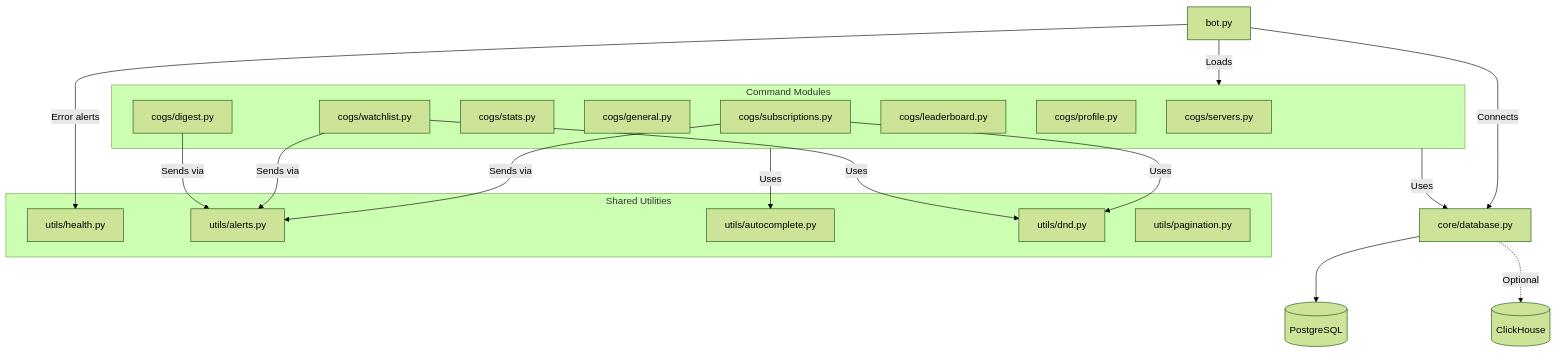
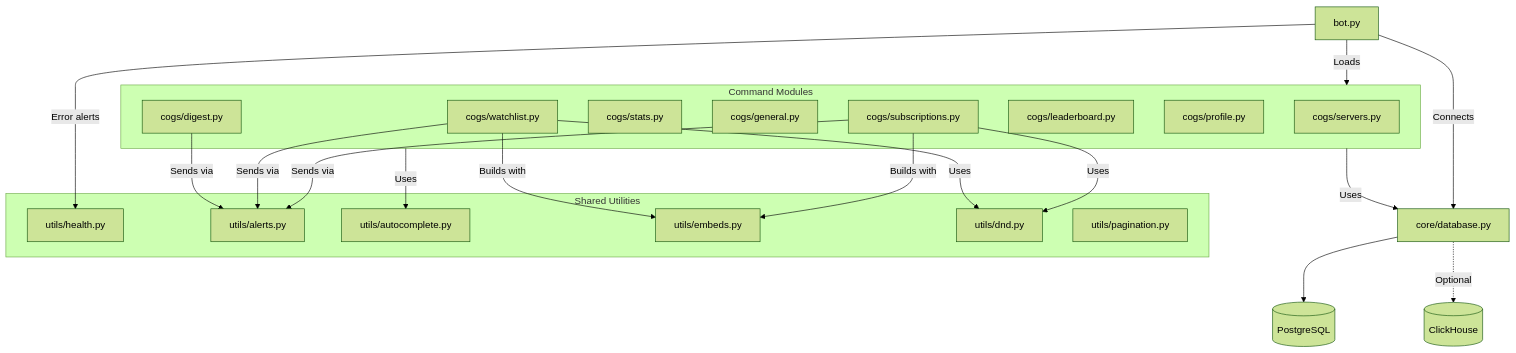
The diagram in readme.md (hootmeow/bf1942-map-alert), drawn with Mermaid (forest theme) before and after one commit. The commit also changed other lines of this file and 1 other file, not shown here.

First line of the commit message:
Document enriched alerts, utils/embeds.py and SITE_URL in README

````diff
--- a/readme.md
+++ b/readme.md
@@ -27,36 +28,39 @@
 ```mermaid
 graph TD
     Bot[bot.py] -->|Loads| Cogs
     Bot -->|Connects| DB[core/database.py]
     Bot -->|Error alerts| Health[utils/health.py]
 
     subgraph Cogs ["Command Modules"]
         Servers[cogs/servers.py]
         Subs[cogs/subscriptions.py]
         Stats[cogs/stats.py]
         General[cogs/general.py]
         Watch[cogs/watchlist.py]
         Leaderboard[cogs/leaderboard.py]
         Profile[cogs/profile.py]
         Digest[cogs/digest.py]
     end
 
     subgraph Utils ["Shared Utilities"]
         Alerts[utils/alerts.py]
         Autocomplete[utils/autocomplete.py]
+        Embeds[utils/embeds.py]
         DND[utils/dnd.py]
         Health
         Pagination[utils/pagination.py]
     end
 
     Cogs -->|Uses| DB
     Cogs -->|Uses| Autocomplete
     Subs -->|Sends via| Alerts
     Watch -->|Sends via| Alerts
     Digest -->|Sends via| Alerts
+    Subs -->|Builds with| Embeds
+    Watch -->|Builds with| Embeds
     Subs -->|Uses| DND
     Watch -->|Uses| DND
 
     DB --> PostgreSQL[(PostgreSQL)]
     DB -.->|Optional| ClickHouse[(ClickHouse)]
 ```
````
